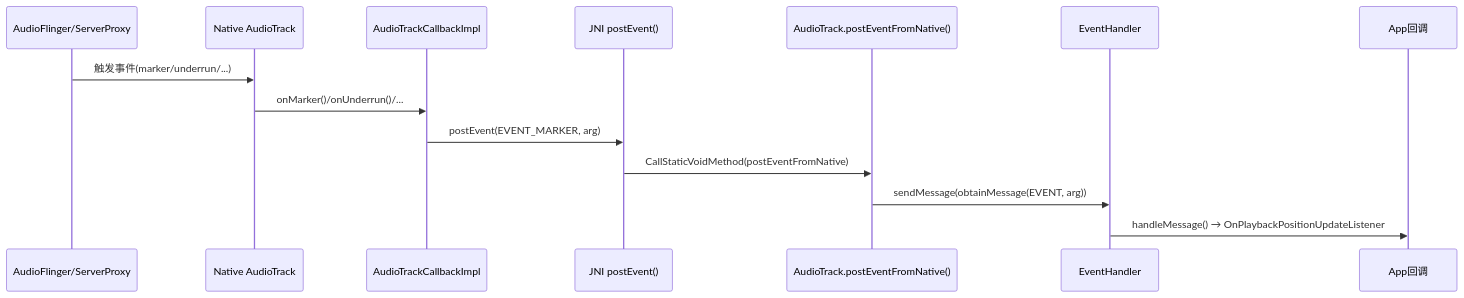
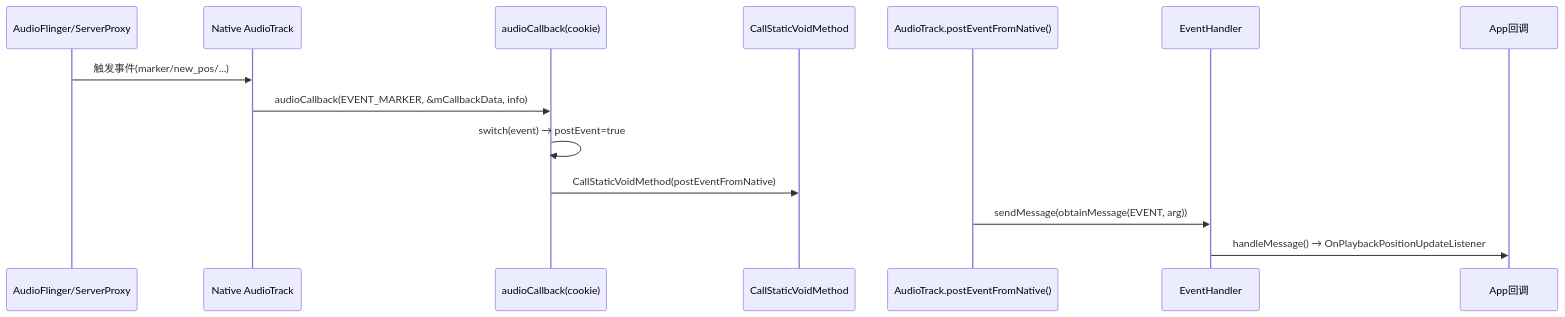
Before and after one commit to yanglinzhen1022/SA8295_AAOS_QNX_Audio_KnowledgeBase: the second of 3 diagrams in 04_Native_Framework_Layer/04_4.1_JNI_Bridge-Java到Native的桥梁.md, drawn with Mermaid. The commit also changed other lines of this file and 5 other files, not shown here.

````diff
--- a/04_Native_Framework_Layer/04_4.1_JNI_Bridge-Java到Native的桥梁.md
+++ b/04_Native_Framework_Layer/04_4.1_JNI_Bridge-Java到Native的桥梁.md
@@ -464,17 +536,17 @@
 ```mermaid
 sequenceDiagram
     participant AF as AudioFlinger/ServerProxy
     participant NAT as Native AudioTrack
-    participant CB as AudioTrackCallbackImpl
-    participant JNI as JNI postEvent()
+    participant CB as audioCallback(cookie)
+    participant JNI as CallStaticVoidMethod
     participant JAVA as AudioTrack.postEventFromNative()
     participant Handler as EventHandler
     participant App as App回调
 
-    AF->>NAT: 触发事件(marker/underrun/...)
-    NAT->>CB: onMarker()/onUnderrun()/...
-    CB->>JNI: postEvent(EVENT_MARKER, arg)
-    JNI->>JAVA: CallStaticVoidMethod(postEventFromNative)
+    AF->>NAT: 触发事件(marker/new_pos/...)
+    NAT->>CB: audioCallback(EVENT_MARKER, &mCallbackData, info)
+    CB->>CB: switch(event) → postEvent=true
+    CB->>JNI: CallStaticVoidMethod(postEventFromNative)
     JAVA->>Handler: sendMessage(obtainMessage(EVENT, arg))
     Handler->>App: handleMessage() → OnPlaybackPositionUpdateListener
 ```
````
